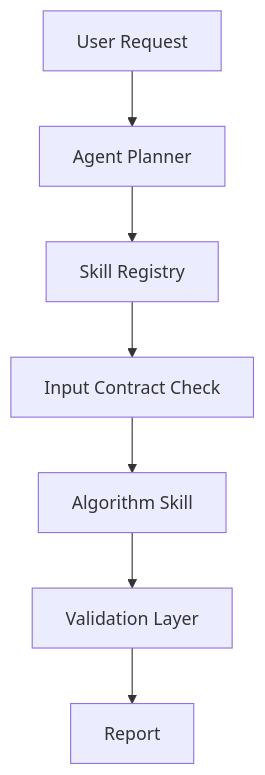
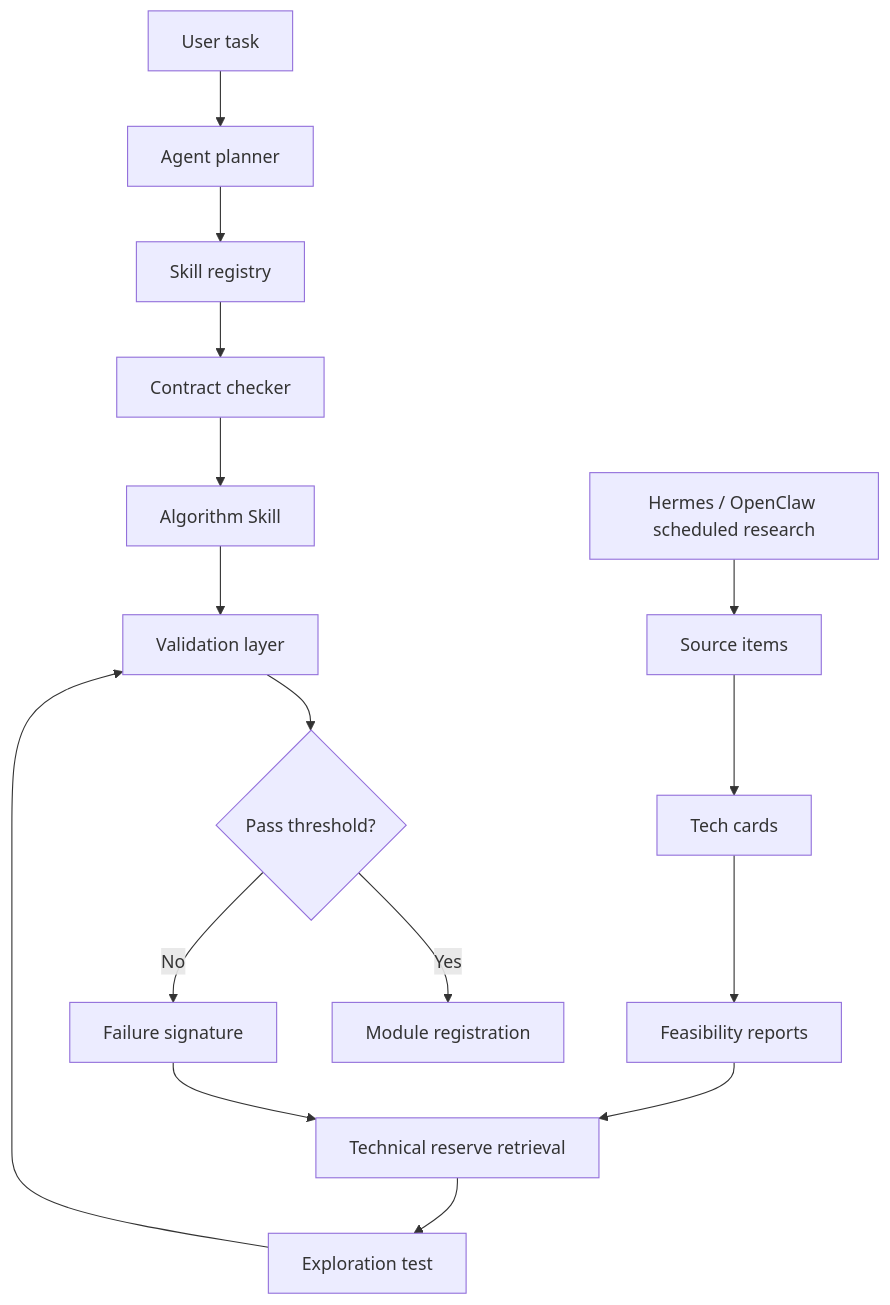
One commit to Chouner/domain-ai-portfolio changed the diagram in projects/02-agent-skill-algorithm-system/assets/architecture.mmd. Above: the diagram before and after it, drawn with Mermaid. The commit also changed other lines of this file and 14 other files, not shown here.

```diff
--- a/projects/02-agent-skill-algorithm-system/assets/architecture.mmd
+++ b/projects/02-agent-skill-algorithm-system/assets/architecture.mmd
@@ -1,7 +1,16 @@
 flowchart TD
-    A[User Request] --> B[Agent Planner]
-    B --> C[Skill Registry]
-    C --> D[Input Contract Check]
-    D --> E[Algorithm Skill]
-    E --> F[Validation Layer]
-    F --> G[Report]
+    A["User task"] --> B["Agent planner"]
+    B --> C["Skill registry"]
+    C --> D["Contract checker"]
+    D --> E["Algorithm Skill"]
+    E --> F["Validation layer"]
+    F --> G{"Pass threshold?"}
+    G -- "Yes" --> H["Module registration"]
+    G -- "No" --> I["Failure signature"]
+    I --> J["Technical reserve retrieval"]
+    J --> K["Exploration test"]
+    K --> F
+    L["Hermes / OpenClaw scheduled research"] --> M["Source items"]
+    M --> N["Tech cards"]
+    N --> O["Feasibility reports"]
+    O --> J
```
